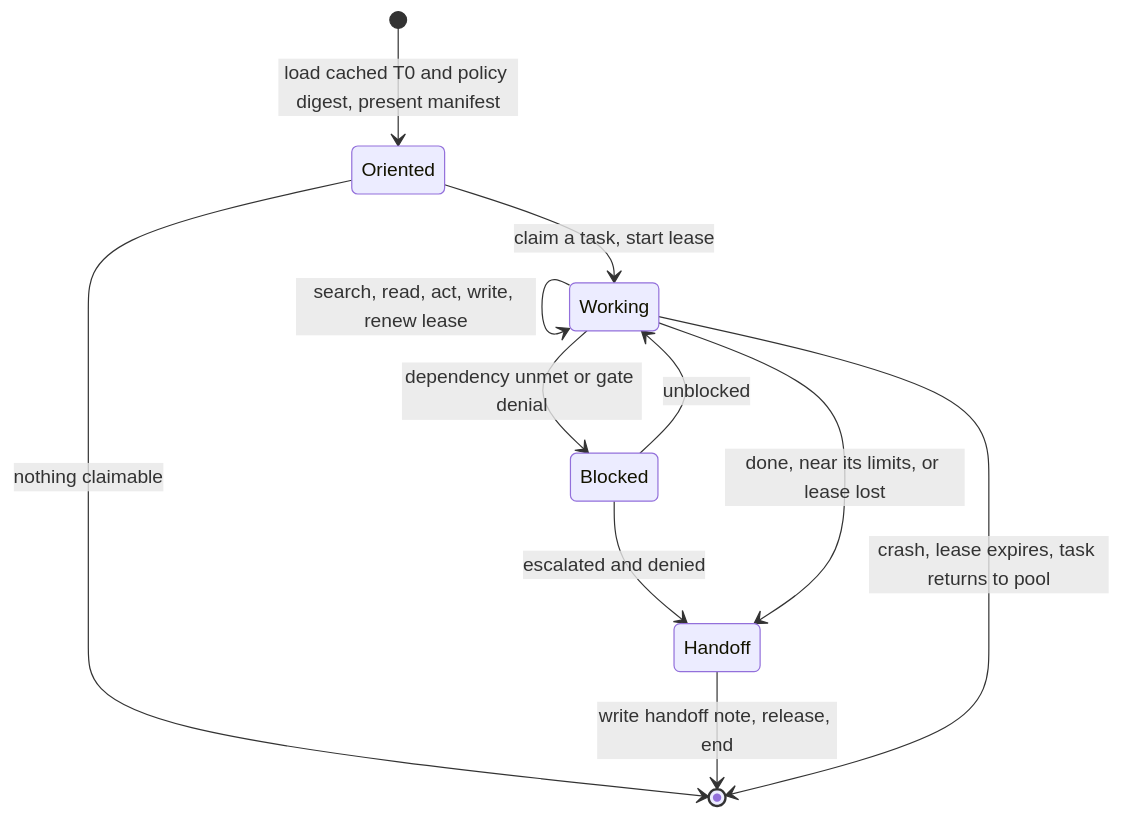
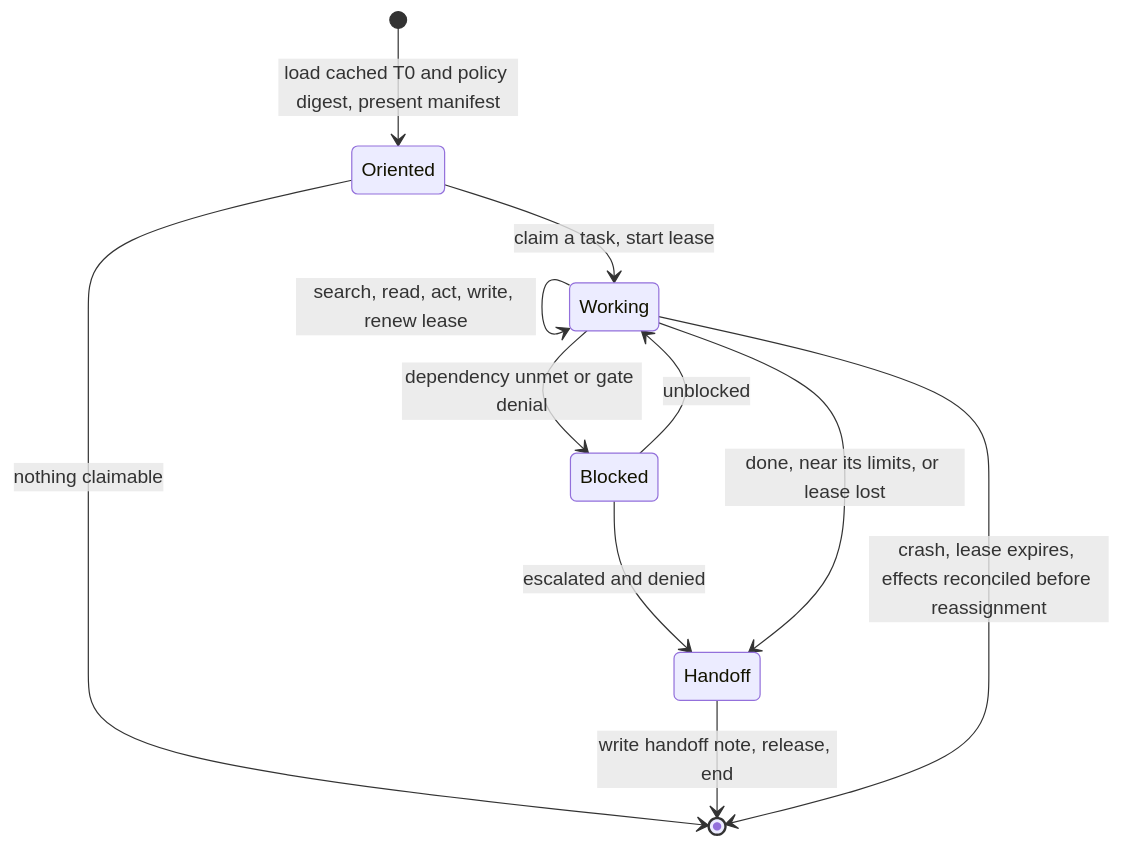
The sixth of 7 diagrams in docs/durable-memory-for-disposable-agents.md (apache/tooling-memory), drawn with Mermaid before and after one commit. The commit also changed other lines of this file, not shown here.

````diff
--- a/docs/durable-memory-for-disposable-agents.md
+++ b/docs/durable-memory-for-disposable-agents.md
@@ -628,13 +653,13 @@
 ```mermaid
 stateDiagram-v2
     [*] --> Oriented: load cached T0 and policy digest, present manifest
     Oriented --> Working: claim a task, start lease
     Oriented --> [*]: nothing claimable
     Working --> Working: search, read, act, write, renew lease
     Working --> Blocked: dependency unmet or gate denial
     Blocked --> Working: unblocked
     Blocked --> Handoff: escalated and denied
     Working --> Handoff: done, near its limits, or lease lost
     Handoff --> [*]: write handoff note, release, end
-    Working --> [*]: crash, lease expires, task returns to pool
+    Working --> [*]: crash, lease expires, effects reconciled before reassignment
 ```
````
